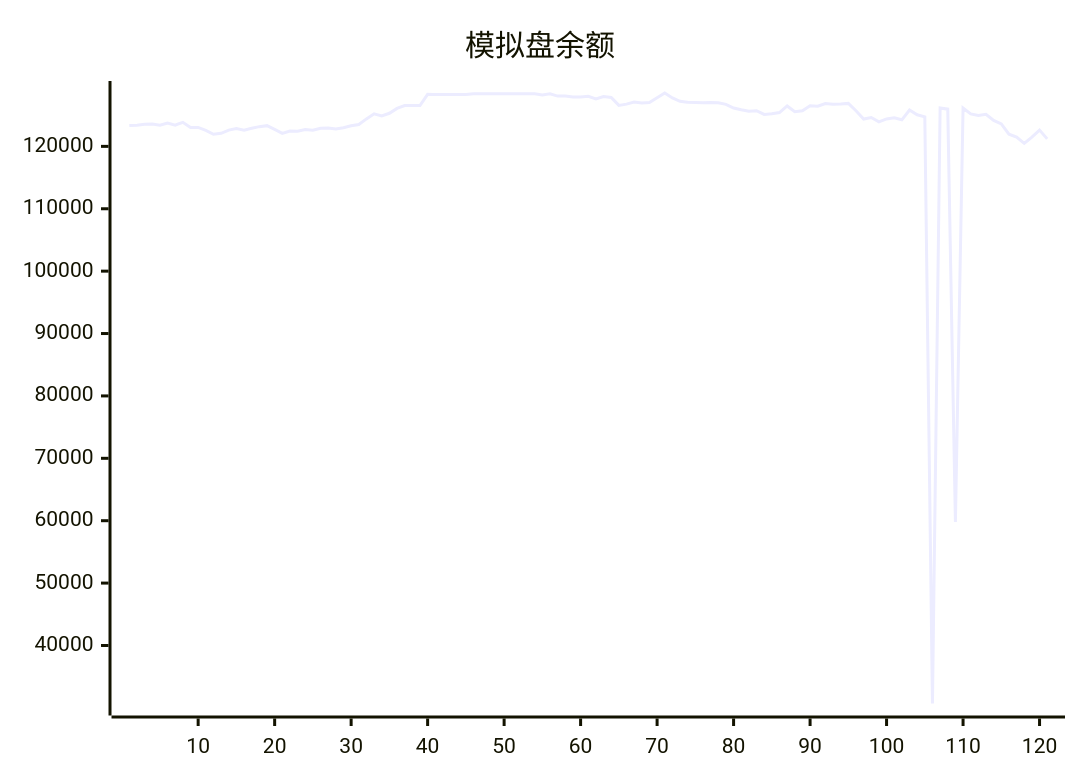
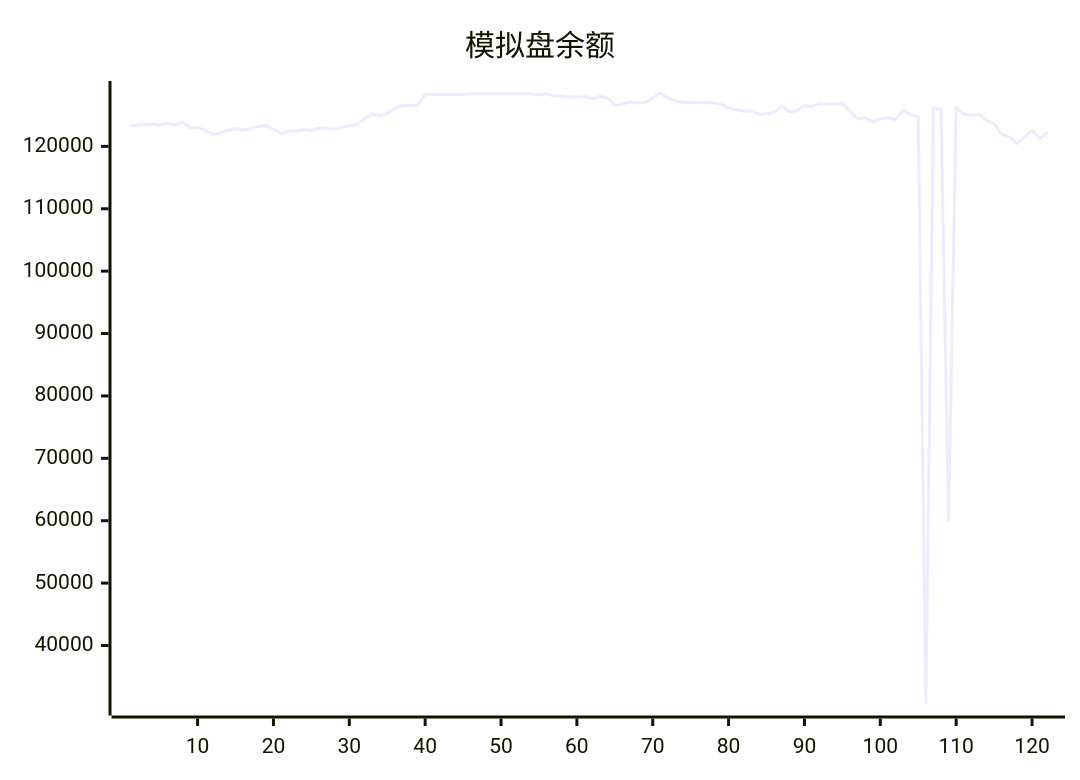
Before and after one commit to aahl/ai-trading: the diagram in README.md, drawn with Mermaid. The commit also changed other lines of this file and 3 other files, not shown here.

````diff
--- a/README.md
+++ b/README.md
@@ -5,5 +5,5 @@
 ```mermaid
 xychart
     title "模拟盘余额"
-    line [123338,123402,123530,123592,123378,123745,123413,123853,123009,123040,122557,121938,122095,122599,122856,122597,122898,123160,123319,122719,122087,122454,122416,122685,122592,122907,122961,122776,122981,123295,123507,124403,125224,124894,125303,126088,126544,126534,126549,128335,128318,128318,128318,128318,128318,128424,128424,128424,128424,128424,128424,128424,128424,128424,128247,128412,128062,128087,127917,127901,128026,127611,128000,127850,126572,126770,127100,126971,127029,127783,128554,127765,127224,127064,127044,127009,127025,127004,126738,126152,125871,125635,125707,125117,125217,125420,126480,125545,125715,126511,126424,126856,126764,126788,126890,125710,124381,124632,123936,124402,124574,124256,125833,125070,124739,30700,126154,125966,59800,126145,125213,124943,125143,124157,123604,121959,121476,120476,121470,122610,121201]
+    line [123338,123402,123530,123592,123378,123745,123413,123853,123009,123040,122557,121938,122095,122599,122856,122597,122898,123160,123319,122719,122087,122454,122416,122685,122592,122907,122961,122776,122981,123295,123507,124403,125224,124894,125303,126088,126544,126534,126549,128335,128318,128318,128318,128318,128318,128424,128424,128424,128424,128424,128424,128424,128424,128424,128247,128412,128062,128087,127917,127901,128026,127611,128000,127850,126572,126770,127100,126971,127029,127783,128554,127765,127224,127064,127044,127009,127025,127004,126738,126152,125871,125635,125707,125117,125217,125420,126480,125545,125715,126511,126424,126856,126764,126788,126890,125710,124381,124632,123936,124402,124574,124256,125833,125070,124739,30700,126154,125966,59800,126145,125213,124943,125143,124157,123604,121959,121476,120476,121470,122610,121201,122221]
 ```
````
